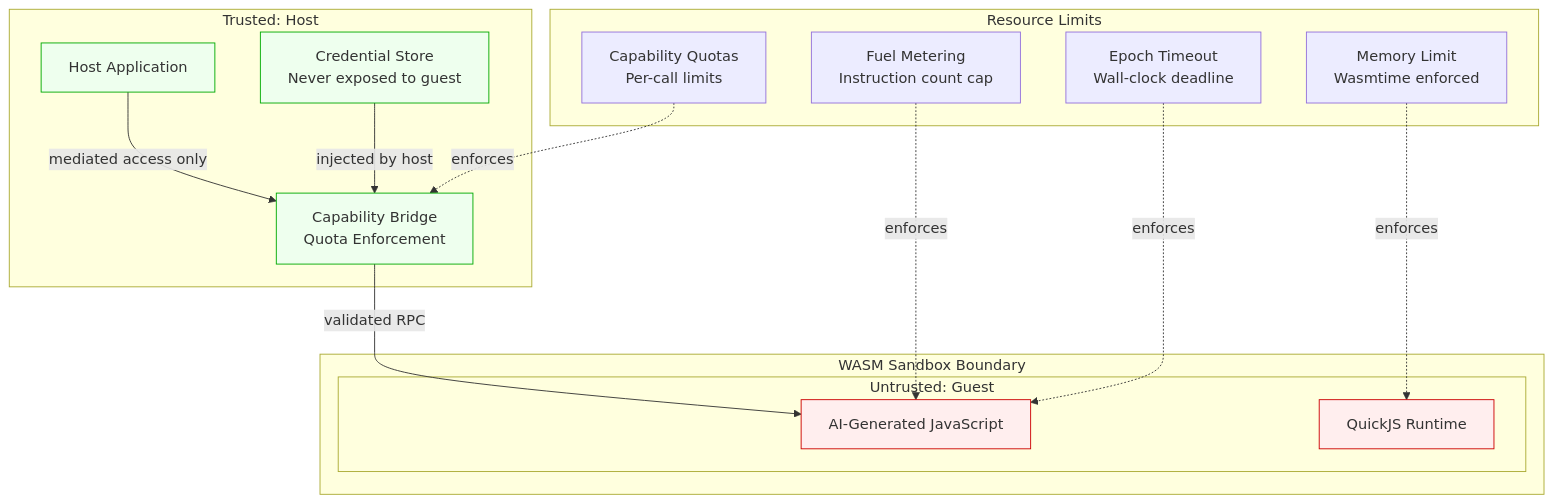
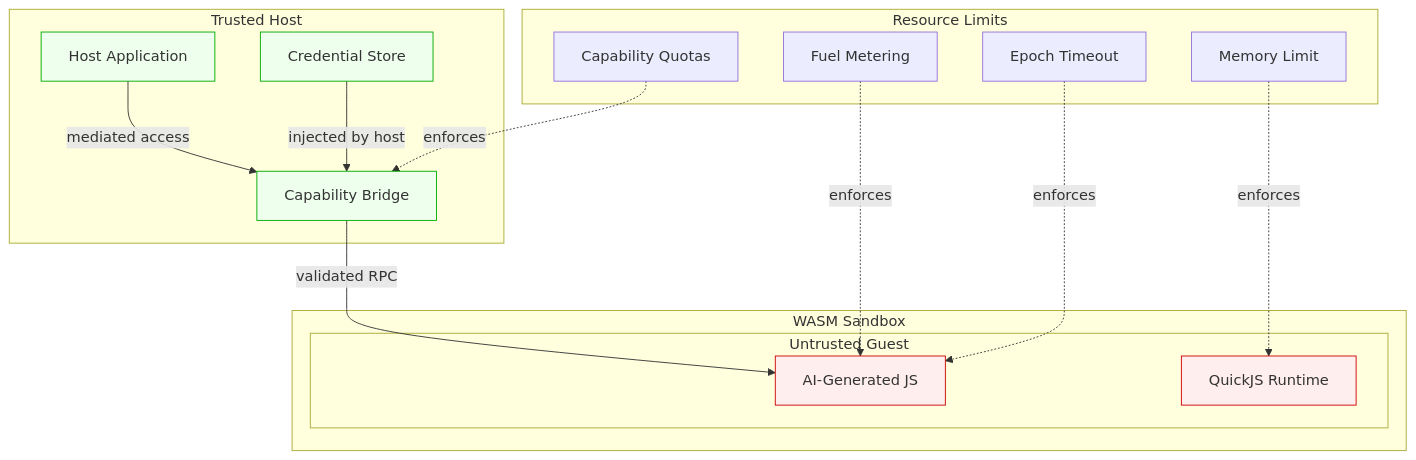
Before and after one commit to tylergibbs1/sandcastle: the fifth of 5 diagrams in docs/architecture.md, drawn with Mermaid. The commit also changed other lines of this file and 1 other file, not shown here.

First line of the commit message:
Fix Mermaid diagrams for GitHub rendering

````diff
--- a/docs/architecture.md
+++ b/docs/architecture.md
@@ -165,37 +163,37 @@
 ```mermaid
 graph TB
-    subgraph "Trusted: Host"
+    subgraph Trusted Host
         HOST_APP[Host Application]
-        CAP_BRIDGE[Capability Bridge<br/>Quota Enforcement]
-        CRED[Credential Store<br/>Never exposed to guest]
+        CAP_BRIDGE[Capability Bridge]
+        CRED[Credential Store]
     end
 
-    subgraph "WASM Sandbox Boundary"
-        subgraph "Untrusted: Guest"
-            GUEST[AI-Generated JavaScript]
+    subgraph WASM Sandbox
+        subgraph Untrusted Guest
+            GUEST[AI-Generated JS]
             QJS_RT[QuickJS Runtime]
         end
     end
 
-    subgraph "Resource Limits"
-        FUEL[Fuel Metering<br/>Instruction count cap]
-        MEM[Memory Limit<br/>Wasmtime enforced]
-        EPOCH[Epoch Timeout<br/>Wall-clock deadline]
-        QUOTA[Capability Quotas<br/>Per-call limits]
+    subgraph Resource Limits
+        FUEL[Fuel Metering]
+        MEM[Memory Limit]
+        EPOCH[Epoch Timeout]
+        QUOTA[Capability Quotas]
     end
 
-    HOST_APP -->|"mediated access only"| CAP_BRIDGE
-    CAP_BRIDGE -->|"validated RPC"| GUEST
-    CRED -->|"injected by host"| CAP_BRIDGE
+    HOST_APP -->|mediated access| CAP_BRIDGE
+    CAP_BRIDGE -->|validated RPC| GUEST
+    CRED -->|injected by host| CAP_BRIDGE
 
-    FUEL -.->|"enforces"| GUEST
-    MEM -.->|"enforces"| QJS_RT
-    EPOCH -.->|"enforces"| GUEST
-    QUOTA -.->|"enforces"| CAP_BRIDGE
+    FUEL -.->|enforces| GUEST
+    MEM -.->|enforces| QJS_RT
+    EPOCH -.->|enforces| GUEST
+    QUOTA -.->|enforces| CAP_BRIDGE
 
     style GUEST fill:#fee,stroke:#c00
     style QJS_RT fill:#fee,stroke:#c00
     style HOST_APP fill:#efe,stroke:#0a0
     style CAP_BRIDGE fill:#efe,stroke:#0a0
     style CRED fill:#efe,stroke:#0a0
 ```
````
